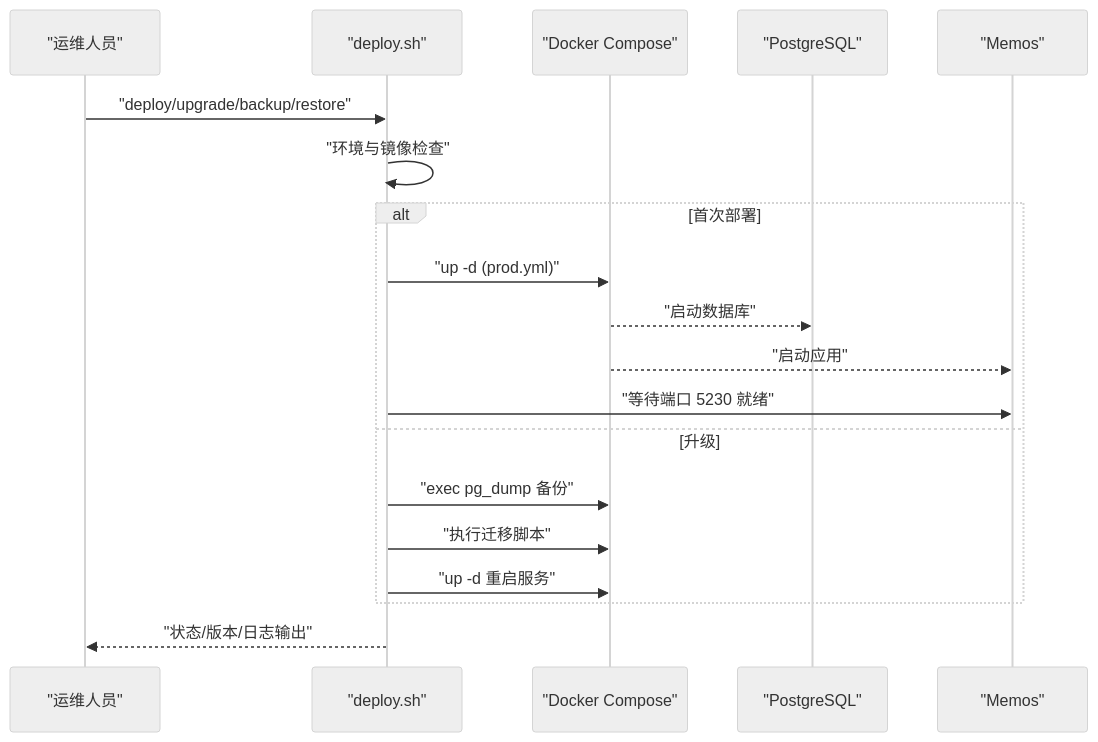
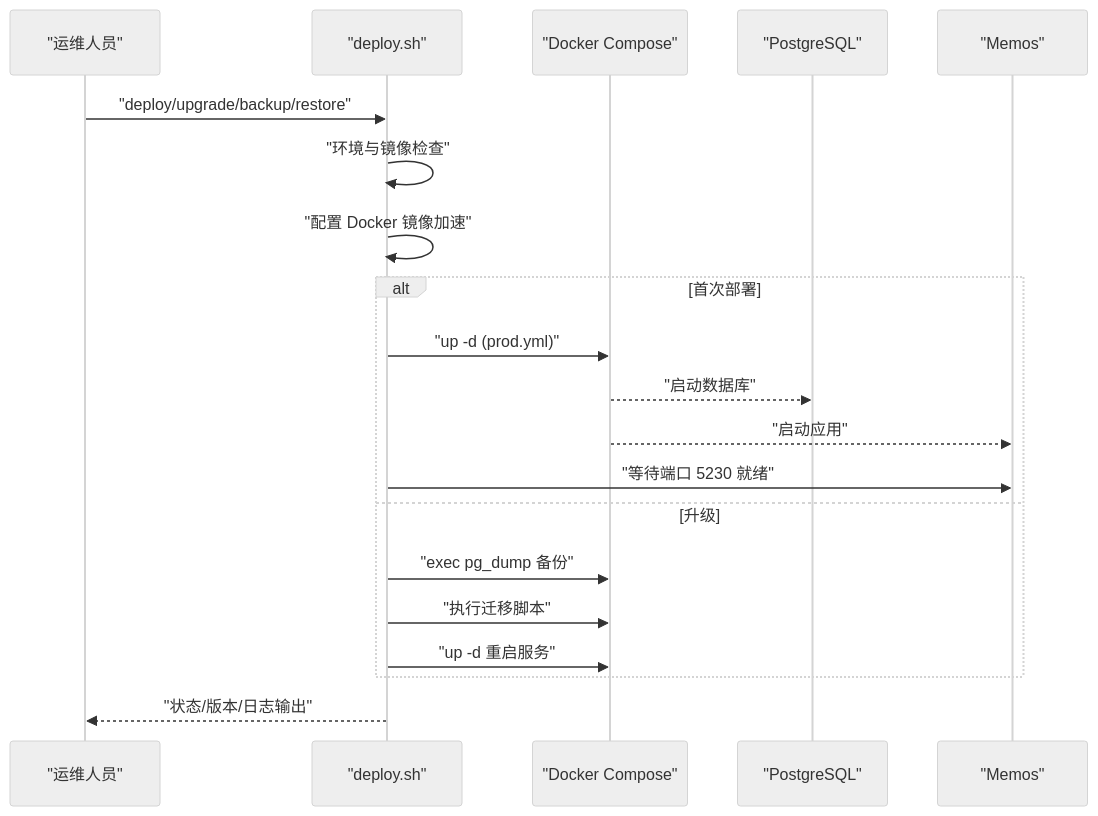
Before and after one commit to hrygo/memos: the fifth of 8 diagrams in .qoder/repowiki/zh/content/部署与运维/部署与运维.md, drawn with Mermaid (neutral theme). The commit also changed other lines of this file and 29 other files, not shown here.

````diff
--- a/.qoder/repowiki/zh/content/部署与运维/部署与运维.md
+++ b/.qoder/repowiki/zh/content/部署与运维/部署与运维.md
@@ -251,21 +261,22 @@
 ```mermaid
 sequenceDiagram
 participant O as "运维人员"
 participant Sh as "deploy.sh"
 participant DC as "Docker Compose"
 participant PG as "PostgreSQL"
 participant APP as "Memos"
 O->>Sh : "deploy/upgrade/backup/restore"
 Sh->>Sh : "环境与镜像检查"
+Sh->>Sh : "配置 Docker 镜像加速"
 alt 首次部署
 Sh->>DC : "up -d (prod.yml)"
 DC-->>PG : "启动数据库"
 DC-->>APP : "启动应用"
 Sh->>APP : "等待端口 5230 就绪"
 else 升级
 Sh->>DC : "exec pg_dump 备份"
 Sh->>DC : "执行迁移脚本"
 Sh->>DC : "up -d 重启服务"
 end
 Sh-->>O : "状态/版本/日志输出"
 ```
````
